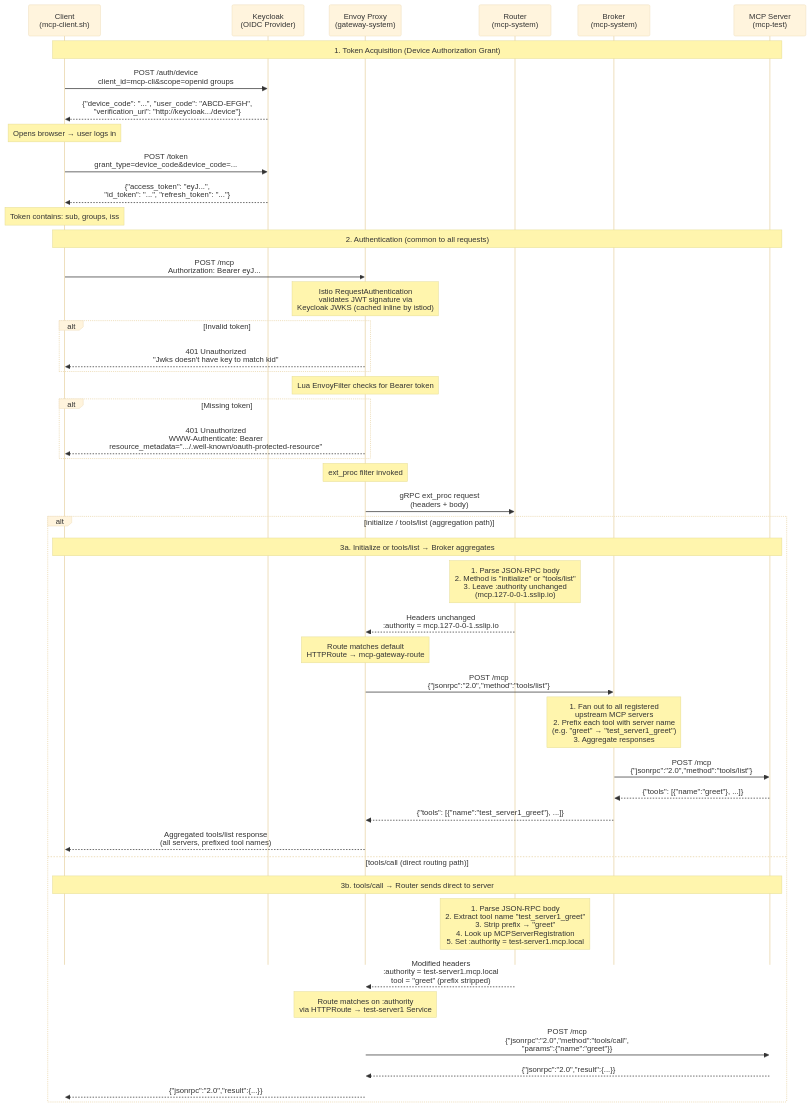
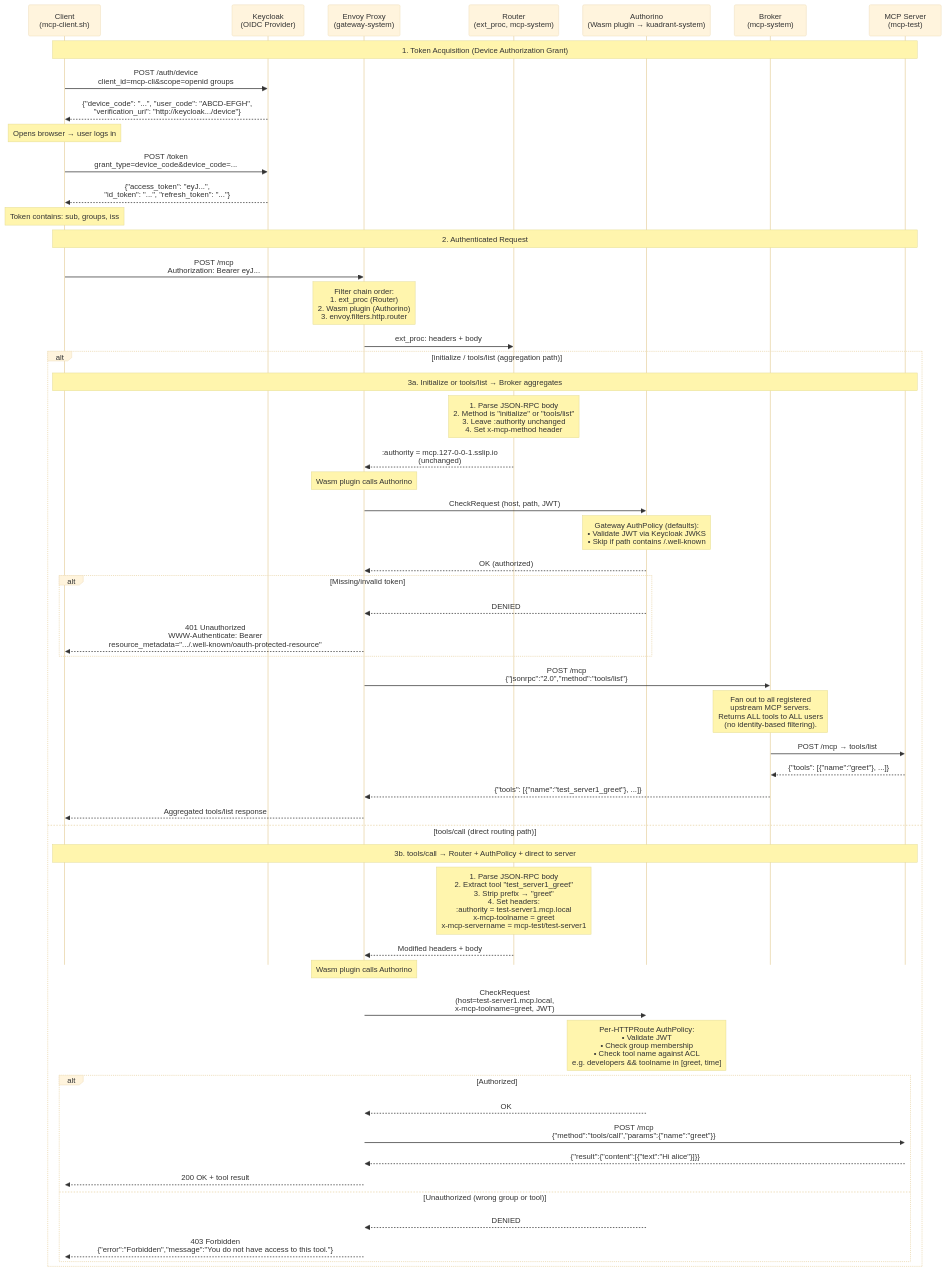
One commit to jaideepr97/mcp-ecosystem-experimentation changed the diagram in docs/diagrams/request-flow.mermaid. Above: the diagram before and after it, drawn with Mermaid. The commit also changed 12 other files, not shown here.

First line of the commit message:
Phase 13: Kuadrant AuthPolicy with per-tool authorization

```diff
--- a/docs/diagrams/request-flow.mermaid
+++ b/docs/diagrams/request-flow.mermaid
@@ -1,68 +1,75 @@
 %%{ init: { 'theme': 'base', 'sequence': { 'mirrorActors': false } } }%%
 
 sequenceDiagram
     participant C as Client<br/>(mcp-client.sh)
     participant KC as Keycloak<br/>(OIDC Provider)
     participant E as Envoy Proxy<br/>(gateway-system)
-    participant R as Router<br/>(mcp-system)
+    participant R as Router<br/>(ext_proc, mcp-system)
+    participant A as Authorino<br/>(Wasm plugin → kuadrant-system)
     participant B as Broker<br/>(mcp-system)
     participant S as MCP Server<br/>(mcp-test)
 
     Note over C,S: 1. Token Acquisition (Device Authorization Grant)
     C->>KC: POST /auth/device<br/>client_id=mcp-cli&scope=openid groups
     KC-->>C: {"device_code": "...", "user_code": "ABCD-EFGH",<br/>"verification_uri": "http://keycloak.../device"}
     Note over C: Opens browser → user logs in
     C->>KC: POST /token<br/>grant_type=device_code&device_code=...
     KC-->>C: {"access_token": "eyJ...",<br/>"id_token": "...", "refresh_token": "..."}
     Note over C: Token contains: sub, groups, iss
 
-    Note over C,S: 2. Authentication (common to all requests)
+    Note over C,S: 2. Authenticated Request
     C->>E: POST /mcp<br/>Authorization: Bearer eyJ...
 
-    Note over E: Istio RequestAuthentication<br/>validates JWT signature via<br/>Keycloak JWKS (cached inline by istiod)
+    Note over E: Filter chain order:<br/>1. ext_proc (Router)<br/>2. Wasm plugin (Authorino)<br/>3. envoy.filters.http.router
 
-    alt Invalid token
-        E-->>C: 401 Unauthorized<br/>"Jwks doesn't have key to match kid"
-    end
-
-    Note over E: Lua EnvoyFilter checks for Bearer token
-    alt Missing token
-        E-->>C: 401 Unauthorized<br/>WWW-Authenticate: Bearer<br/>resource_metadata=".../.well-known/oauth-protected-resource"
-    end
-
-    Note over E: ext_proc filter invoked
-
-    E->>R: gRPC ext_proc request<br/>(headers + body)
+    E->>R: ext_proc: headers + body
 
     alt initialize / tools/list (aggregation path)
         Note over C,S: 3a. Initialize or tools/list → Broker aggregates
 
-        Note over R: 1. Parse JSON-RPC body<br/>2. Method is "initialize" or "tools/list"<br/>3. Leave :authority unchanged<br/>(mcp.127-0-0-1.sslip.io)
+        Note over R: 1. Parse JSON-RPC body<br/>2. Method is "initialize" or "tools/list"<br/>3. Leave :authority unchanged<br/>4. Set x-mcp-method header
 
-        R-->>E: Headers unchanged<br/>:authority = mcp.127-0-0-1.sslip.io
+        R-->>E: :authority = mcp.127-0-0-1.sslip.io<br/>(unchanged)
 
-        Note over E: Route matches default<br/>HTTPRoute → mcp-gateway-route
+        Note over E: Wasm plugin calls Authorino
+        E->>A: CheckRequest (host, path, JWT)
+        Note over A: Gateway AuthPolicy (defaults):<br/>• Validate JWT via Keycloak JWKS<br/>• Skip if path contains /.well-known
+        A-->>E: OK (authorized)
+
+        alt Missing/invalid token
+            A-->>E: DENIED
+            E-->>C: 401 Unauthorized<br/>WWW-Authenticate: Bearer<br/>resource_metadata=".../.well-known/oauth-protected-resource"
+        end
 
         E->>B: POST /mcp<br/>{"jsonrpc":"2.0","method":"tools/list"}
 
-        Note over B: 1. Fan out to all registered<br/>upstream MCP servers<br/>2. Prefix each tool with server name<br/>(e.g. "greet" → "test_server1_greet")<br/>3. Aggregate responses
+        Note over B: Fan out to all registered<br/>upstream MCP servers.<br/>Returns ALL tools to ALL users<br/>(no identity-based filtering).
 
-        B->>S: POST /mcp<br/>{"jsonrpc":"2.0","method":"tools/list"}
+        B->>S: POST /mcp → tools/list
         S-->>B: {"tools": [{"name":"greet"}, ...]}
 
         B-->>E: {"tools": [{"name":"test_server1_greet"}, ...]}
-        E-->>C: Aggregated tools/list response<br/>(all servers, prefixed tool names)
+        E-->>C: Aggregated tools/list response
 
     else tools/call (direct routing path)
-        Note over C,S: 3b. tools/call → Router sends direct to server
+        Note over C,S: 3b. tools/call → Router + AuthPolicy + direct to server
 
-        Note over R: 1. Parse JSON-RPC body<br/>2. Extract tool name "test_server1_greet"<br/>3. Strip prefix → "greet"<br/>4. Look up MCPServerRegistration<br/>5. Set :authority = test-server1.mcp.local
+        Note over R: 1. Parse JSON-RPC body<br/>2. Extract tool "test_server1_greet"<br/>3. Strip prefix → "greet"<br/>4. Set headers:<br/>   :authority = test-server1.mcp.local<br/>   x-mcp-toolname = greet<br/>   x-mcp-servername = mcp-test/test-server1
 
-        R-->>E: Modified headers<br/>:authority = test-server1.mcp.local<br/>tool = "greet" (prefix stripped)
+        R-->>E: Modified headers + body
 
-        Note over E: Route matches on :authority<br/>via HTTPRoute → test-server1 Service
+        Note over E: Wasm plugin calls Authorino
+        E->>A: CheckRequest<br/>(host=test-server1.mcp.local,<br/>x-mcp-toolname=greet, JWT)
 
-        E->>S: POST /mcp<br/>{"jsonrpc":"2.0","method":"tools/call",<br/>"params":{"name":"greet"}}
-        S-->>E: {"jsonrpc":"2.0","result":{...}}
-        E-->>C: {"jsonrpc":"2.0","result":{...}}
+        Note over A: Per-HTTPRoute AuthPolicy:<br/>• Validate JWT<br/>• Check group membership<br/>• Check tool name against ACL<br/>e.g. developers && toolname in [greet, time]
+
+        alt Authorized
+            A-->>E: OK
+            E->>S: POST /mcp<br/>{"method":"tools/call","params":{"name":"greet"}}
+            S-->>E: {"result":{"content":[{"text":"Hi alice"}]}}
+            E-->>C: 200 OK + tool result
+        else Unauthorized (wrong group or tool)
+            A-->>E: DENIED
+            E-->>C: 403 Forbidden<br/>{"error":"Forbidden","message":"You do not have access to this tool."}
+        end
     end
```
